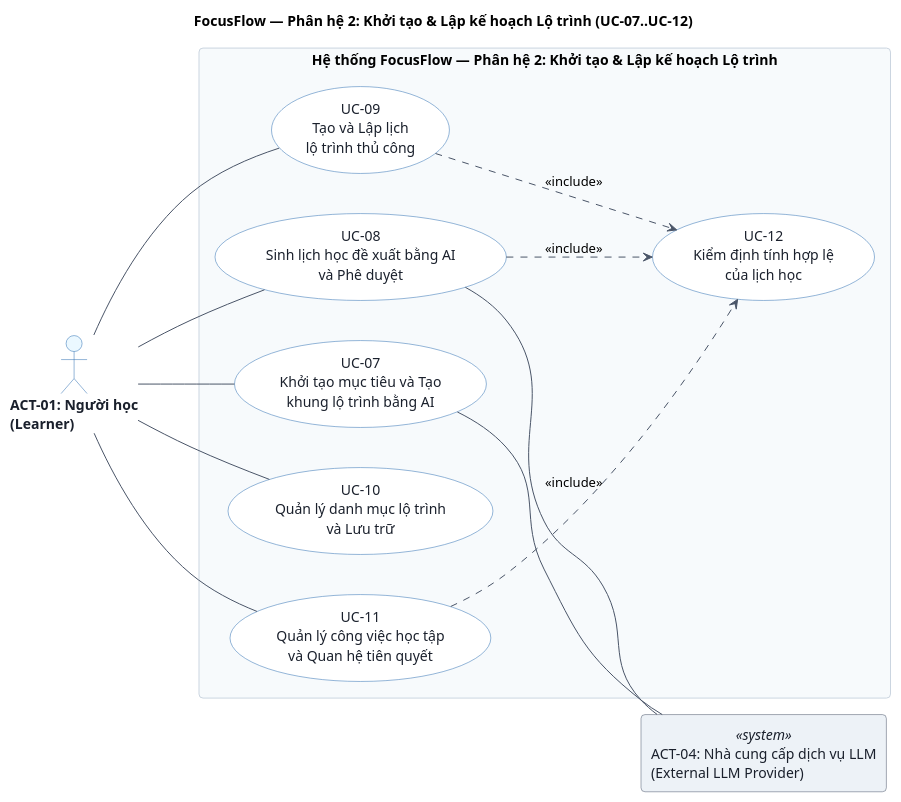
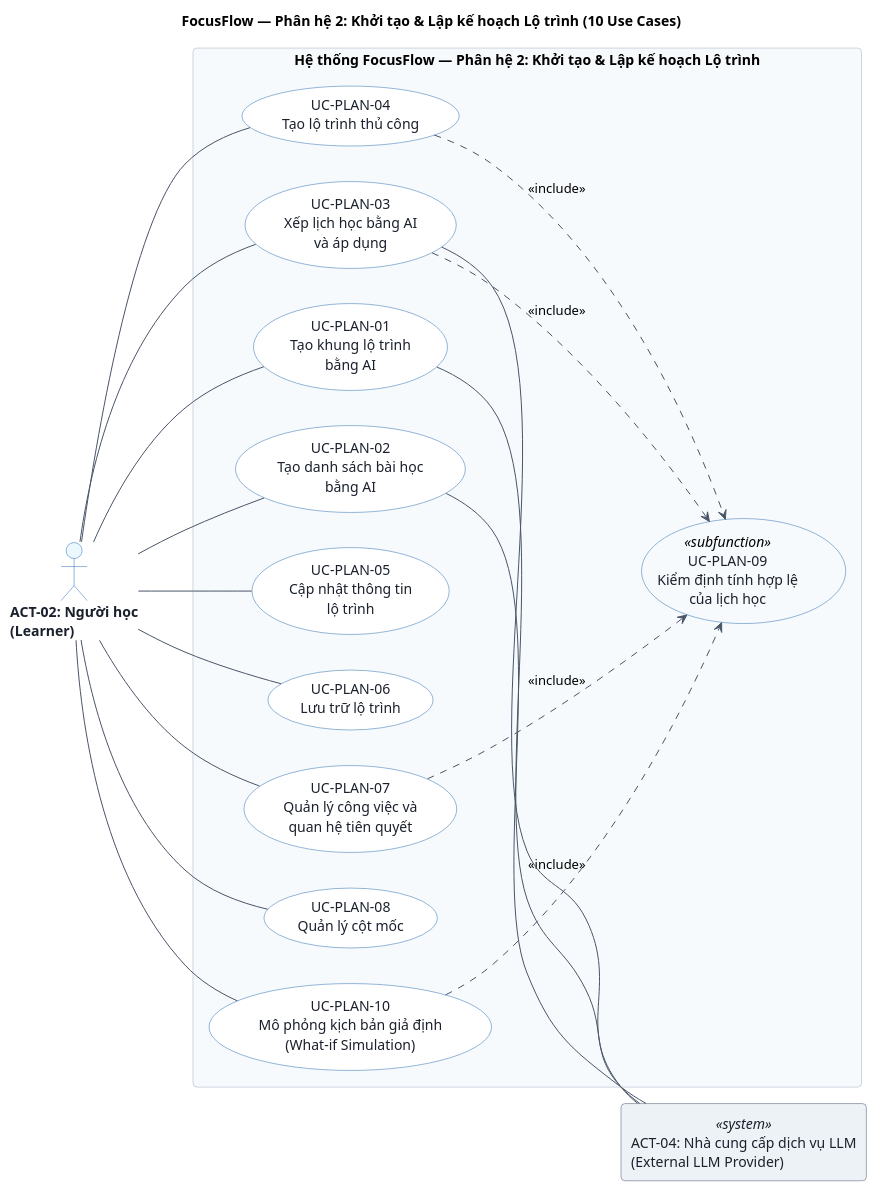
One commit to Coffat/FocusFlow changed the diagram in docs/uml/use-cases/uc-mod-02-roadmap-planning.puml. Above: the diagram before and after it, drawn with PlantUML. The commit also changed 26 other files, not shown here.

Commit message:
docs(uml): update use case specifications, modular diagrams, and PlantUML models

```diff
--- a/docs/uml/use-cases/uc-mod-02-roadmap-planning.puml
+++ b/docs/uml/use-cases/uc-mod-02-roadmap-planning.puml
@@ -1,70 +1,93 @@
 @startuml uc-mod-02-roadmap-planning
-title FocusFlow — Phân hệ 2: Khởi tạo & Lập kế hoạch Lộ trình (UC-07..UC-12)
+' ========================================================
+' Chuẩn hóa 8 Tác nhân (ACT-00..ACT-07): 4 Human/Role Actors + 4 External System Actors
+' Tuân thủ nghiêm ngặt OMG UML 2.5.1 Clause 18: Các thành phần nội bộ (Taskiq, Redis, DB,
+' AI Harness) và bộ định thời nội bộ (internal clock triggers) nằm bên trong Ranh giới Hệ thống.
+' ========================================================
+title FocusFlow — Phân hệ 2: Khởi tạo & Lập kế hoạch Lộ trình (10 Use Cases)
 
 left to right direction
 skinparam packageStyle rectangle
 skinparam roundcorner 8
 skinparam monochrome false
 skinparam shadowing false
 skinparam defaultFontName "Helvetica", "Arial", sans-serif
-skinparam nodesep 40
-skinparam ranksep 75
+skinparam nodesep 35
+skinparam ranksep 70
 
 skinparam actor {
     BackgroundColor #EBF8FF
     BorderColor #2B6CB0
     FontColor #1A202C
     FontStyle bold
 }
 
 skinparam usecase {
     BackgroundColor #FFFFFF
     BorderColor #2B6CB0
     ArrowColor #4A5568
     FontColor #1A202C
 }
 
 skinparam package {
     BackgroundColor #F7FAFC
     BorderColor #CBD5E0
     FontColor #2D3748
     FontStyle bold
 }
 
 skinparam rectangle<<system>> {
     BackgroundColor #EDF2F7
     BorderColor #4A5568
     FontColor #1A202C
 }
 
-' 1. TÁC NHÂN CHÍNH (PRIMARY ACTOR - BÊN TRÁI)
-actor "ACT-01: Người học\n(Learner)" as Learner #EBF8FF
+' ========================================================
+' 1. TÁC NHÂN CON NGƯỜI / VAI TRÒ (HUMAN / ROLE ACTOR - BÊN TRÁI)
+' ========================================================
+actor "ACT-02: Người học\n(Learner)" as Learner #EBF8FF
 
+' ========================================================
 ' 2. RANH GIỚI HỆ THỐNG (SYSTEM BOUNDARY)
+' ========================================================
 rectangle "Hệ thống FocusFlow — Phân hệ 2: Khởi tạo & Lập kế hoạch Lộ trình" as Mod2Boundary {
-    usecase "UC-07\nKhởi tạo mục tiêu và Tạo\nkhung lộ trình bằng AI" as UC07
-    usecase "UC-08\nSinh lịch học đề xuất bằng AI\nvà Phê duyệt" as UC08
-    usecase "UC-09\nTạo và Lập lịch\nlộ trình thủ công" as UC09
-    usecase "UC-10\nQuản lý danh mục lộ trình\nvà Lưu trữ" as UC10
-    usecase "UC-11\nQuản lý công việc học tập\nvà Quan hệ tiên quyết" as UC11
-    usecase "UC-12\nKiểm định tính hợp lệ\ncủa lịch học" as UC12
+    usecase "UC-PLAN-01\nTạo khung lộ trình\nbằng AI" as UC_PLAN_01
+    usecase "UC-PLAN-02\nTạo danh sách bài học\nbằng AI" as UC_PLAN_02
+    usecase "UC-PLAN-03\nXếp lịch học bằng AI\nvà áp dụng" as UC_PLAN_03
+    usecase "UC-PLAN-04\nTạo lộ trình thủ công" as UC_PLAN_04
+    usecase "UC-PLAN-05\nCập nhật thông tin\nlộ trình" as UC_PLAN_05
+    usecase "UC-PLAN-06\nLưu trữ lộ trình" as UC_PLAN_06
+    usecase "UC-PLAN-07\nQuản lý công việc và\nquan hệ tiên quyết" as UC_PLAN_07
+    usecase "UC-PLAN-08\nQuản lý cột mốc" as UC_PLAN_08
+    usecase "UC-PLAN-09\nKiểm định tính hợp lệ\ncủa lịch học" as UC_PLAN_09 <<subfunction>> #F7FAFC
+    usecase "UC-PLAN-10\nMô phỏng kịch bản giả định\n(What-if Simulation)" as UC_PLAN_10
 }
 
-' 3. TÁC NHÂN HỆ THỐNG PHỤ TRỢ (SUPPORTING SYSTEM ACTOR - BÊN PHẢI)
+' ========================================================
+' 3. TÁC NHÂN HỆ THỐNG NGOẠI VI (EXTERNAL SYSTEM ACTOR - BÊN PHẢI)
+' ========================================================
 rectangle "ACT-04: Nhà cung cấp dịch vụ LLM\n(External LLM Provider)" as LLM <<system>>
 
-' 4. QUAN HỆ (ASSOCIATIONS & INCLUDE)
-Learner -- UC07
-Learner -- UC08
-Learner -- UC09
-Learner -- UC10
-Learner -- UC11
+' ========================================================
+' 4. QUAN HỆ GIAO TIẾP (ASSOCIATIONS & INCLUDE)
+' ========================================================
+Learner -- UC_PLAN_01
+Learner -- UC_PLAN_02
+Learner -- UC_PLAN_03
+Learner -- UC_PLAN_04
+Learner -- UC_PLAN_05
+Learner -- UC_PLAN_06
+Learner -- UC_PLAN_07
+Learner -- UC_PLAN_08
+Learner -- UC_PLAN_10
 
-UC08 ..> UC12 : <<include>>
-UC09 ..> UC12 : <<include>>
-UC11 ..> UC12 : <<include>>
+UC_PLAN_03 ..> UC_PLAN_09 : <<include>>
+UC_PLAN_04 ..> UC_PLAN_09 : <<include>>
+UC_PLAN_07 ..> UC_PLAN_09 : <<include>>
+UC_PLAN_10 ..> UC_PLAN_09 : <<include>>
 
-UC07 -- LLM
-UC08 -- LLM
+UC_PLAN_01 -- LLM
+UC_PLAN_02 -- LLM
+UC_PLAN_03 -- LLM
 
 @enduml
```
